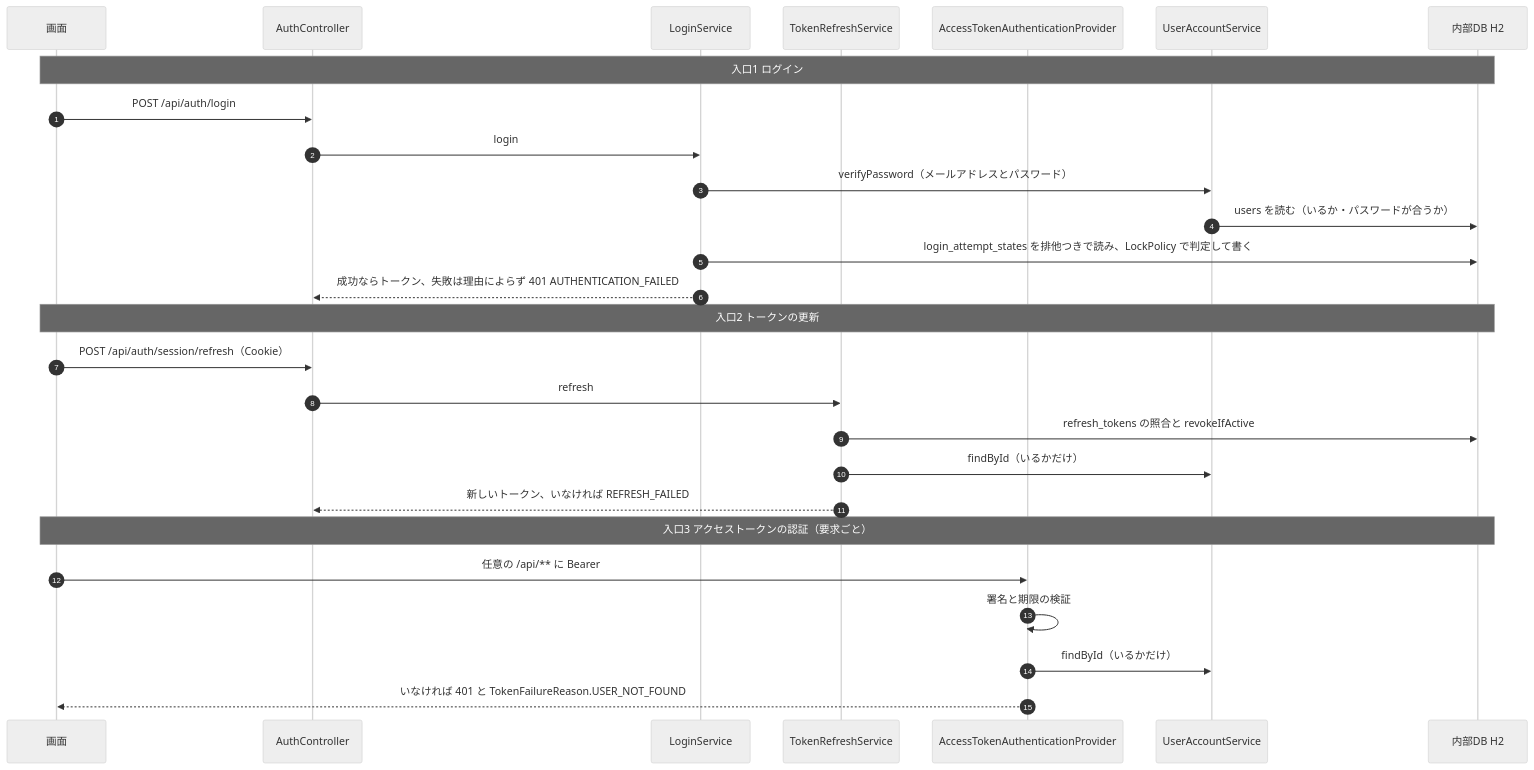
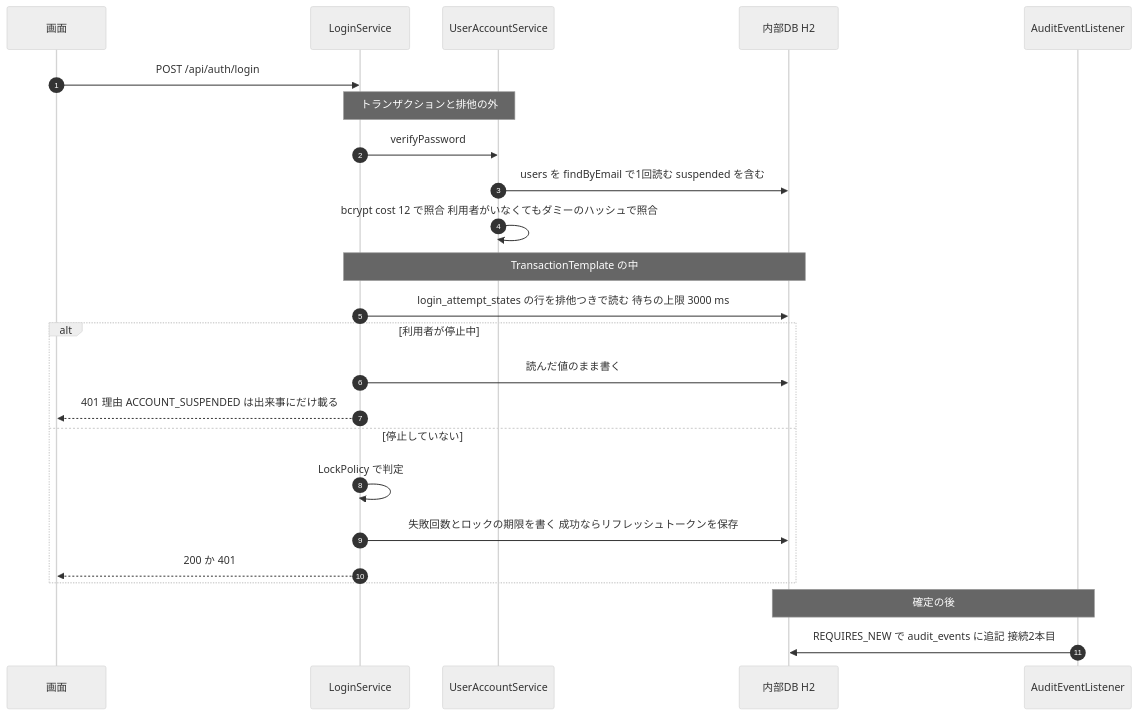
Before and after one commit to agwlvssainokuni/mastersmith2: the third of 5 diagrams in aidlc/spaces/default/codekb/mastersmith2/architecture.md, drawn with Mermaid (neutral theme). The commit also changed other lines of this file and 17 other files, not shown here.

````diff
--- a/aidlc/spaces/default/codekb/mastersmith2/architecture.md
+++ b/aidlc/spaces/default/codekb/mastersmith2/architecture.md
@@ -129,32 +165,27 @@
 ```mermaid
 sequenceDiagram
   autonumber
   participant P as 画面
-  participant AC as AuthController
   participant LS as LoginService
-  participant TR as TokenRefreshService
-  participant ATP as AccessTokenAuthenticationProvider
   participant UAS as UserAccountService
   participant DB as 内部DB H2
+  participant AL as AuditEventListener
 
-  Note over P,DB: 入口1 ログイン
-  P->>AC: POST /api/auth/login
-  AC->>LS: login
-  LS->>UAS: verifyPassword（メールアドレスとパスワード）
-  UAS->>DB: users を読む（いるか・パスワードが合うか）
-  LS->>DB: login_attempt_states を排他つきで読み、LockPolicy で判定して書く
-  LS-->>AC: 成功ならトークン、失敗は理由によらず 401 AUTHENTICATION_FAILED
-
-  Note over P,DB: 入口2 トークンの更新
-  P->>AC: POST /api/auth/session/refresh（Cookie）
-  AC->>TR: refresh
-  TR->>DB: refresh_tokens の照合と revokeIfActive
-  TR->>UAS: findById（いるかだけ）
-  TR-->>AC: 新しいトークン、いなければ REFRESH_FAILED
-
-  Note over P,DB: 入口3 アクセストークンの認証（要求ごと）
-  P->>ATP: 任意の /api/** に Bearer
-  ATP->>ATP: 署名と期限の検証
-  ATP->>UAS: findById（いるかだけ）
-  ATP-->>P: いなければ 401 と TokenFailureReason.USER_NOT_FOUND
+  P->>LS: POST /api/auth/login
+  Note over LS,UAS: トランザクションと排他の外
+  LS->>UAS: verifyPassword
+  UAS->>DB: users を findByEmail で1回読む suspended を含む
+  UAS->>UAS: bcrypt cost 12 で照合 利用者がいなくてもダミーのハッシュで照合
+  Note over LS,DB: TransactionTemplate の中
+  LS->>DB: login_attempt_states の行を排他つきで読む 待ちの上限 3000 ms
+  alt 利用者が停止中
+    LS->>DB: 読んだ値のまま書く
+    LS-->>P: 401 理由 ACCOUNT_SUSPENDED は出来事にだけ載る
+  else 停止していない
+    LS->>LS: LockPolicy で判定
+    LS->>DB: 失敗回数とロックの期限を書く 成功ならリフレッシュトークンを保存
+    LS-->>P: 200 か 401
+  end
+  Note over AL,DB: 確定の後
+  AL->>DB: REQUIRES_NEW で audit_events に追記 接続2本目
 ```
````
